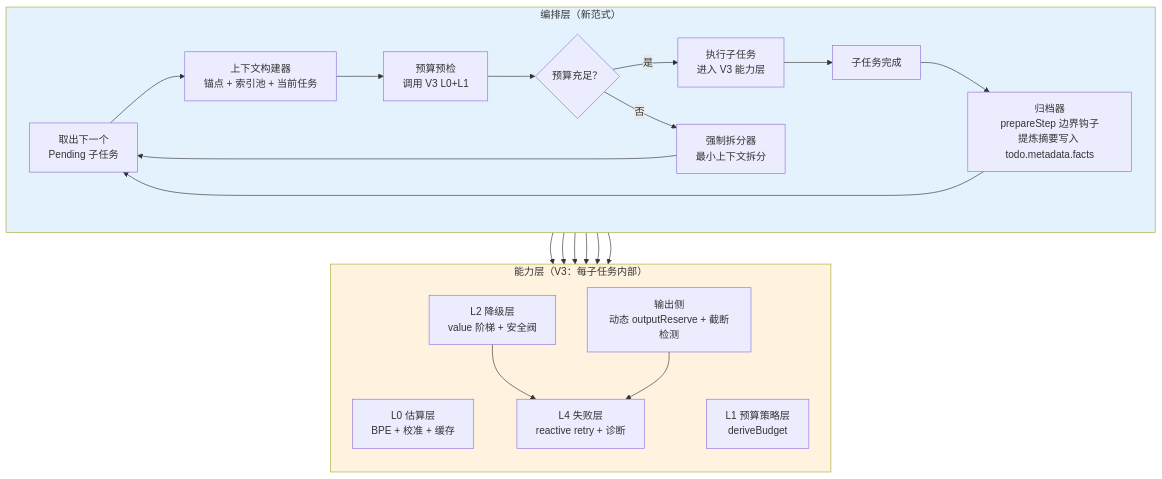
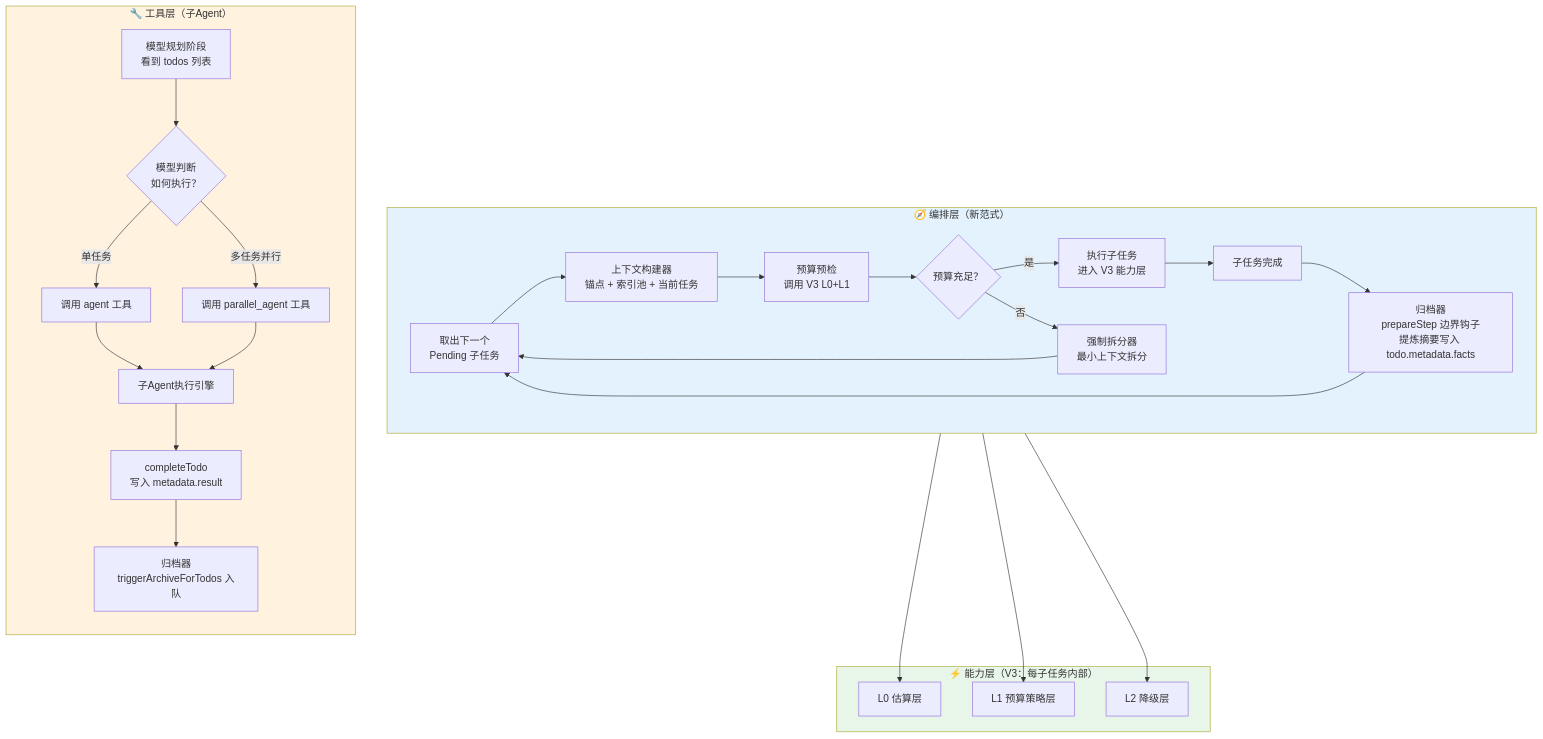
Before and after one commit to JessYan0913/thething: the first of 2 diagrams in docs/task-paradigm-redesign.md, drawn with Mermaid. The commit also changed other lines of this file and 27 other files, not shown here.

First line of the commit message:
feat(agent): 子Agent 体系收尾——路由改 LLM 自主选型、卸掉步数上限、交付物契约校验

````diff
--- a/docs/task-paradigm-redesign.md
+++ b/docs/task-paradigm-redesign.md
@@ -40,36 +40,40 @@
 ```mermaid
 flowchart TD
-    subgraph Orchestrator["编排层（新范式）"]
+    subgraph Orchestrator["🧭 编排层（新范式）"]
         direction LR
         A[取出下一个<br>Pending 子任务] --> B[上下文构建器<br>锚点 + 索引池 + 当前任务]
         B --> C[预算预检<br>调用 V3 L0+L1]
         C --> D{预算充足？}
         D -->|是| E[执行子任务<br>进入 V3 能力层]
         D -->|否| F[强制拆分器<br>最小上下文拆分]
         E --> G[子任务完成]
         G --> H[归档器<br>prepareStep 边界钩子<br>提炼摘要写入 todo.metadata.facts]
         H --> A
         F --> A
     end
 
-    subgraph V3_Layers["能力层（V3：每子任务内部）"]
+    subgraph ToolLayer["🔧 工具层（子Agent）"]
         direction TB
-        I[L0 估算层<br>BPE + 校准 + 缓存]
-        J[L1 预算策略层<br>deriveBudget]
-        K[L2 降级层<br>value 阶梯 + 安全阀]
-        L[L4 失败层<br>reactive retry + 诊断]
-        M[输出侧<br>动态 outputReserve + 截断检测]
+        I[模型规划阶段<br>看到 todos 列表] --> J{模型判断<br>如何执行？}
+        J -->|单任务| K[调用 agent 工具]
+        J -->|多任务并行| L[调用 parallel_agent 工具]
+        K --> M[子Agent执行引擎]
+        L --> M
+        M --> N[completeTodo<br>写入 metadata.result]
+        N --> O[归档器<br>triggerArchiveForTodos 入队]
     end
 
-    B --> I
-    B --> J
-    C --> I
-    C --> J
-    E --> K
-    E --> M
-    K --> L
-    M --> L
+    subgraph V3_Layers["⚡ 能力层（V3：每子任务内部）"]
+        S[L0 估算层]
+        T[L1 预算策略层]
+        U[L2 降级层]
+    end
+
+    B --> S
+    B --> T
+    E --> U
 
     style Orchestrator fill:#e3f2fd
-    style V3_Layers fill:#fff3e0
+    style ToolLayer fill:#fff3e0
+    style V3_Layers fill:#e8f5e9
 ```
````
